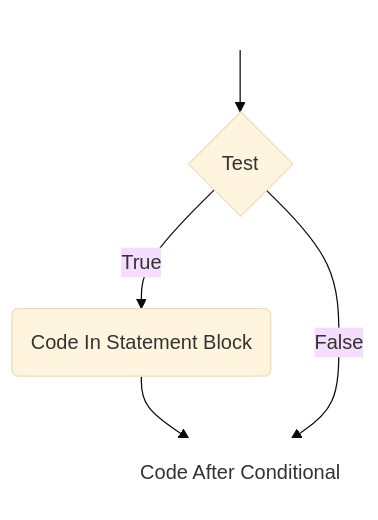
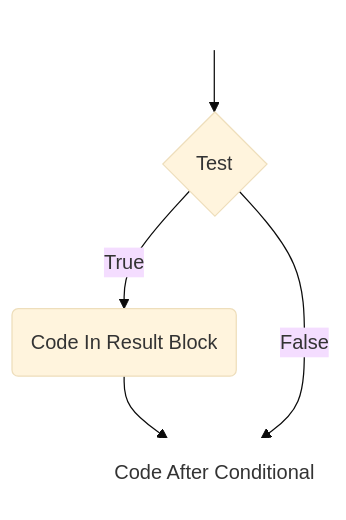
One commit to lsu-ddem/pathways-site changed the first of 2 diagrams in content/1_IntroToCoding/2_MakingThings_Happen/1_Lesson_1/index.md. Above: the diagram before and after it, drawn with Mermaid (base theme). The commit also changed other lines of this file, not shown here.

```diff
--- a/content/1_IntroToCoding/2_MakingThings_Happen/1_Lesson_1/index.md
+++ b/content/1_IntroToCoding/2_MakingThings_Happen/1_Lesson_1/index.md
@@ -5,10 +5,10 @@
 {{<mermaid align="center">}}
 graph TD
 START[ ]
 START --> A
-A{Test} -->|True| B(Code In Statement Block)
+A{Test} -->|True| B(Code In Result Block)
 B--> C
 A{Test} -->|False| C(Code After Conditional)
 style START fill:#FFFFFF, stroke:#FFFFFF;
 style C fill:#FFFFFF, stroke:#FFFFFF;
 {{< /mermaid >}}
```
